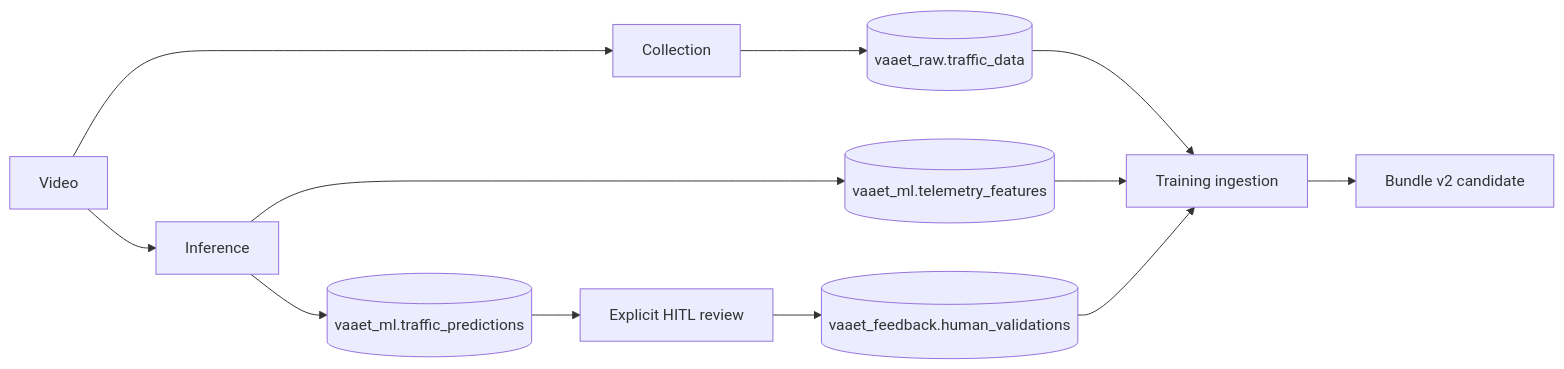
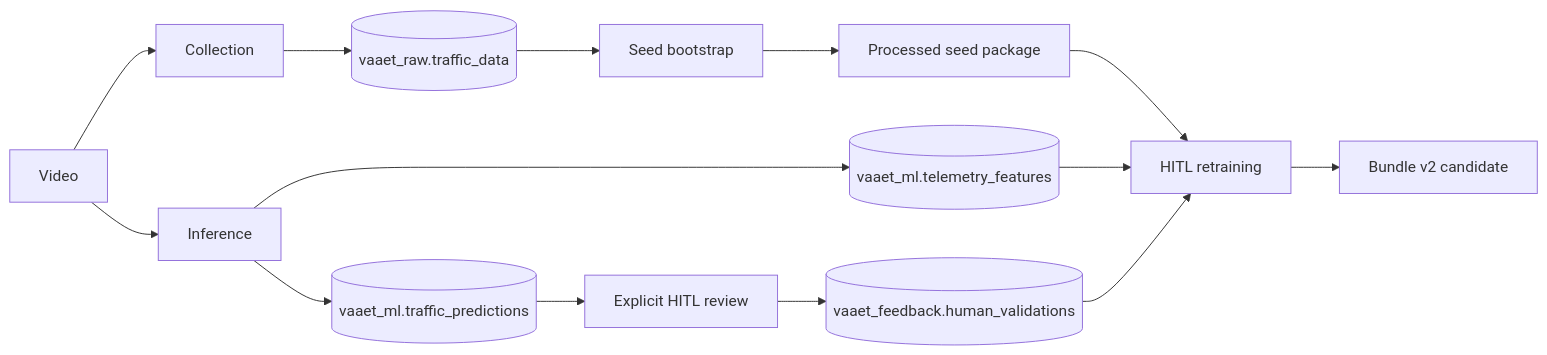
Before and after one commit to aka-titesen/vaaet: the diagram in docs/architecture/data-lineage.md, drawn with Mermaid. The commit also changed other lines of this file and 50 other files, not shown here.

First line of the commit message:
feat(training): introduce seed bootstrap and HITL retraining modes

````diff
--- a/docs/architecture/data-lineage.md
+++ b/docs/architecture/data-lineage.md
@@ -5,14 +5,16 @@
 ```mermaid
 flowchart LR
     V["Video"] --> C["Collection"]
     C --> R[("vaaet_raw.traffic_data")]
     V --> I["Inference"]
     I --> F[("vaaet_ml.telemetry_features")]
     I --> P[("vaaet_ml.traffic_predictions")]
     P --> Q["Explicit HITL review"]
     Q --> H[("vaaet_feedback.human_validations")]
-    R --> T["Training ingestion"]
+    R --> S["Seed bootstrap"]
+    S --> SP["Processed seed package"]
+    SP --> T["HITL retraining"]
     F --> T
     H --> T
     T --> B["Bundle v2 candidate"]
 ```
````
